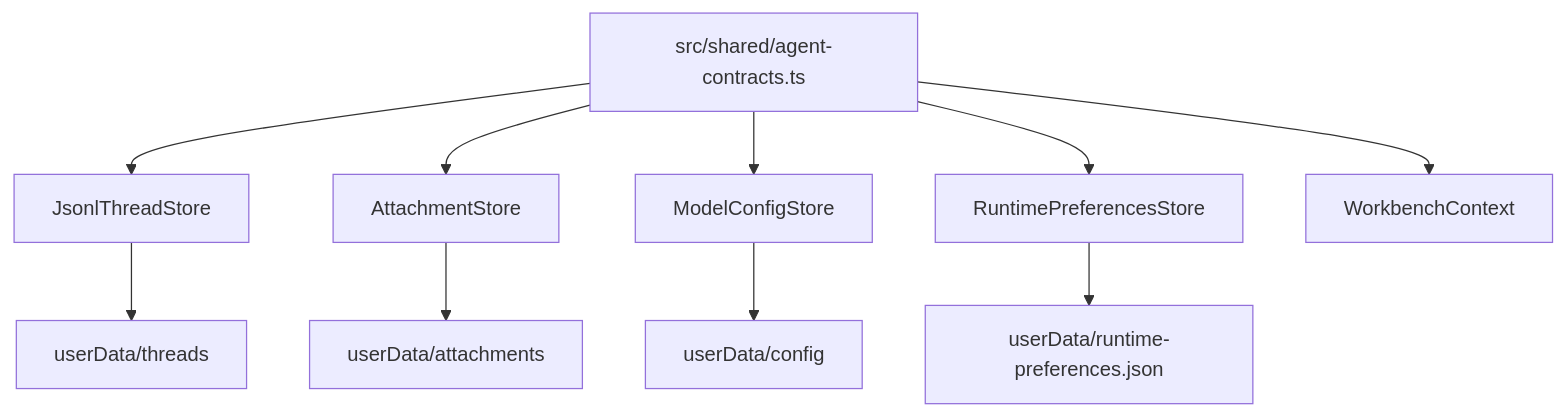
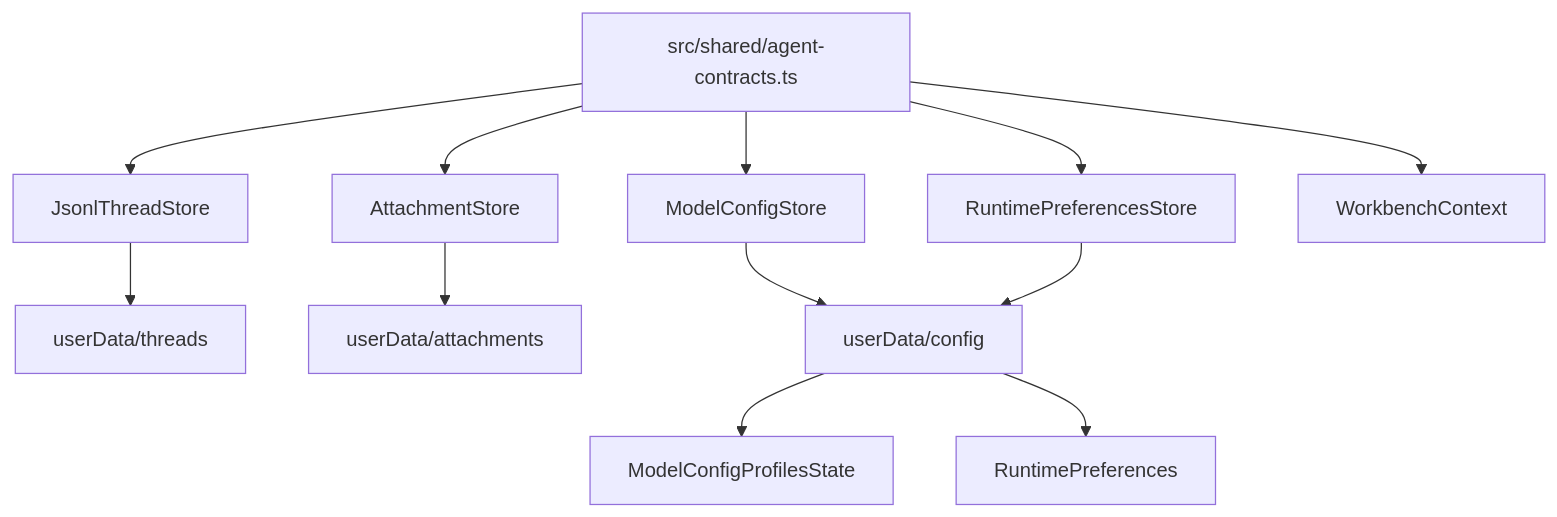
The first of 2 diagrams in docs/data-model.md (dp-sudo/agent-pyramid-desktop), drawn with Mermaid before and after one commit. The commit also changed other lines of this file and 24 other files, not shown here.

````diff
--- a/docs/data-model.md
+++ b/docs/data-model.md
@@ -42,19 +42,22 @@
 ```mermaid
 flowchart TB
   Contracts["src/shared/agent-contracts.ts"]
   ThreadStore["JsonlThreadStore"]
   AttachmentStore["AttachmentStore"]
   ConfigStore["ModelConfigStore"]
   RuntimePreferencesStore["RuntimePreferencesStore"]
   Threads["userData/threads"]
   Attachments["userData/attachments"]
   Config["userData/config"]
-  RuntimePreferences["userData/runtime-preferences.json"]
+  Profiles["ModelConfigProfilesState"]
+  RuntimePreferences["RuntimePreferences"]
   Renderer["WorkbenchContext"]
 
   Contracts --> ThreadStore --> Threads
   Contracts --> AttachmentStore --> Attachments
   Contracts --> ConfigStore --> Config
-  Contracts --> RuntimePreferencesStore --> RuntimePreferences
+  Contracts --> RuntimePreferencesStore --> Config
+  Config --> Profiles
+  Config --> RuntimePreferences
   Contracts --> Renderer
 ```
````
